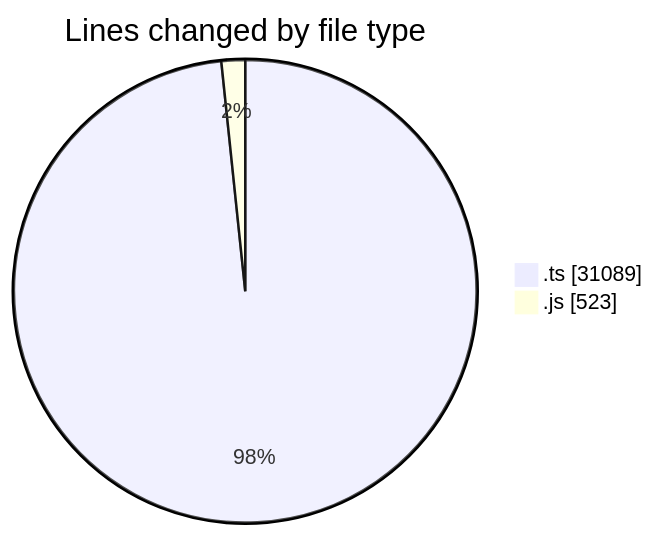
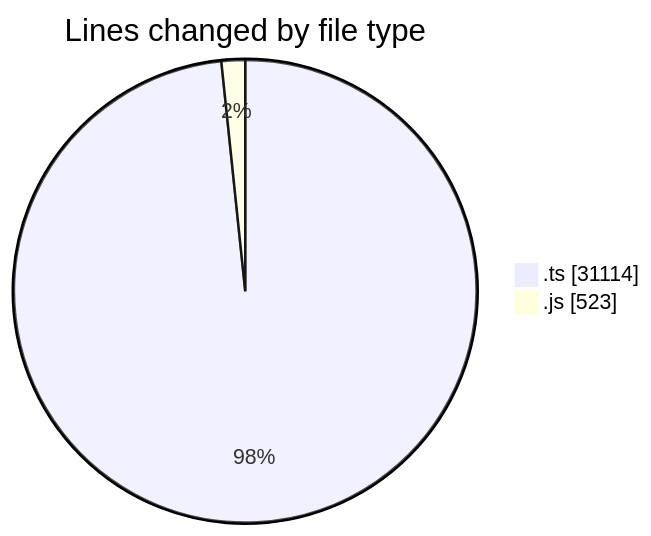
Before and after one commit to momahboobian/code-tracking: the first of 2 diagrams in 2025-07-31/cda/README.md, drawn with Mermaid. The commit also changed other lines of this file and 1 other file, not shown here.

````diff
--- a/2025-07-31/cda/README.md
+++ b/2025-07-31/cda/README.md
@@ -23,6 +23,6 @@
 ```mermaid
 pie showData
 title Lines changed by file type
-".ts" : 31089
+".ts" : 31114
 ".js" : 523
 ```
````
